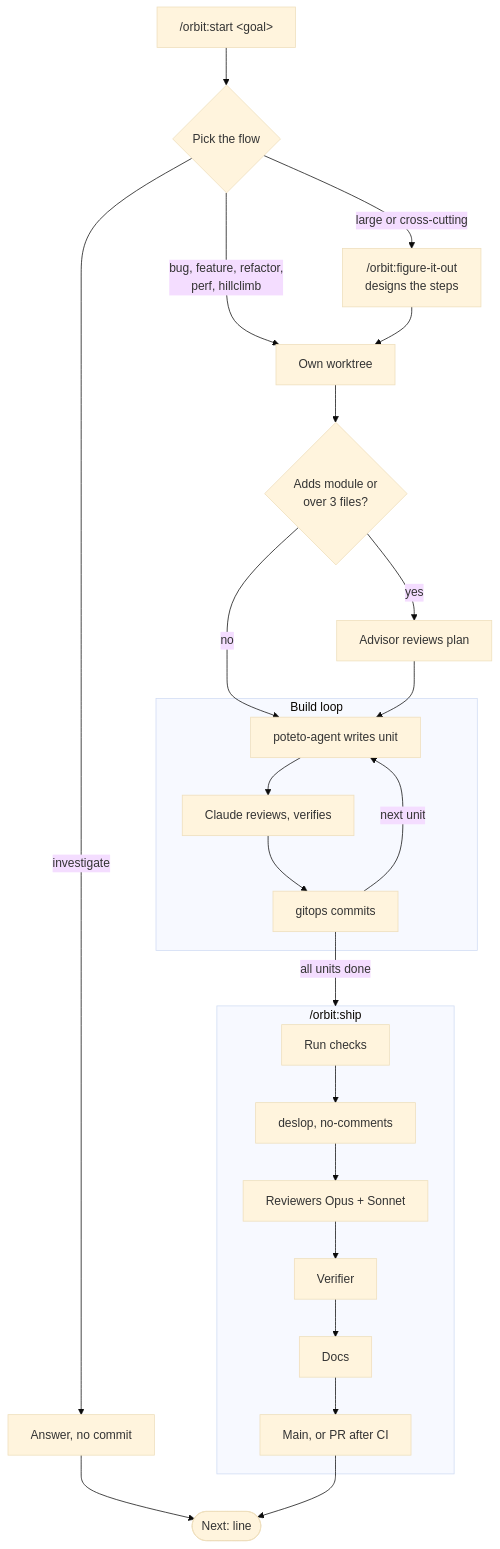
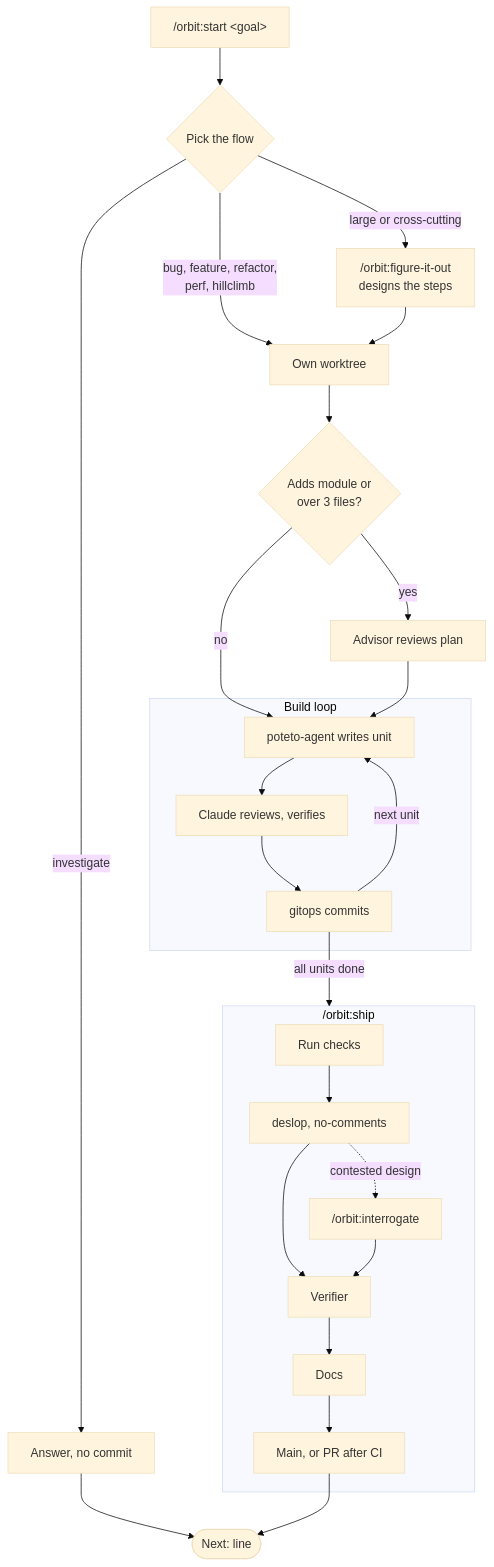
One commit to aayushbtw/orbit changed the first of 2 diagrams in README.md. Above: the diagram before and after it, drawn with Mermaid (base theme). The commit also changed other lines of this file and 11 other files, not shown here.

Commit message:
feat(orbit)!: interrogate only contested designs

````diff
--- a/README.md
+++ b/README.md
@@ -18,27 +18,28 @@
 ```mermaid
 flowchart TD
     start["/orbit:start &lt;goal&gt;"] --> flow{Pick the flow}
     flow -- investigate --> answer[Answer, no commit]
     answer --> next
     flow -- bug, feature, refactor,<br/>perf, hillclimb --> wt[Own worktree]
     flow -- large or cross-cutting --> fio["/orbit:figure-it-out<br/>designs the steps"]
     fio --> wt
     wt --> big{Adds module or<br/>over 3 files?}
     big -- yes --> advisor[Advisor reviews plan]
     big -- no --> build
     advisor --> build
     subgraph loop [Build loop]
         build[poteto-agent writes unit] --> review[Claude reviews, verifies]
         review --> commit[gitops commits]
         commit -- next unit --> build
     end
     commit -- all units done --> ship
     subgraph ship ["/orbit:ship"]
         check[Run checks] --> clean[deslop, no-comments]
-        clean --> panel[Reviewers Opus + Sonnet]
-        panel --> verify[Verifier]
+        clean --> verify[Verifier]
+        clean -. contested design .-> interrogate["/orbit:interrogate"]
+        interrogate --> verify
         verify --> docs[Docs]
         docs --> land[Main, or PR after CI]
     end
     land --> next([Next: line])
 ```
````
